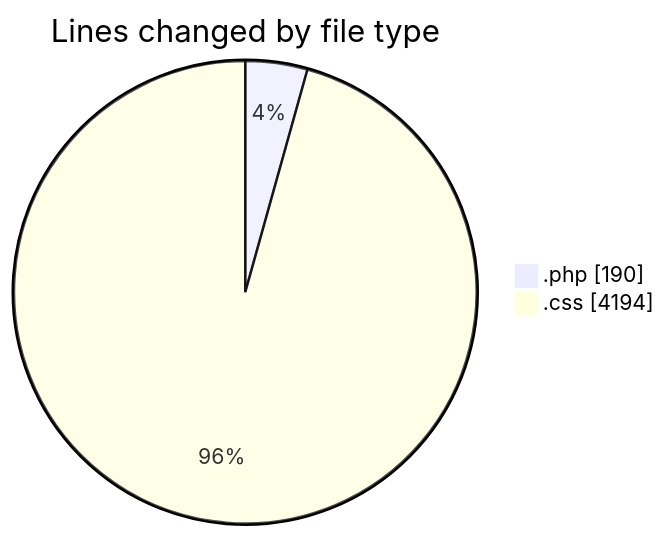
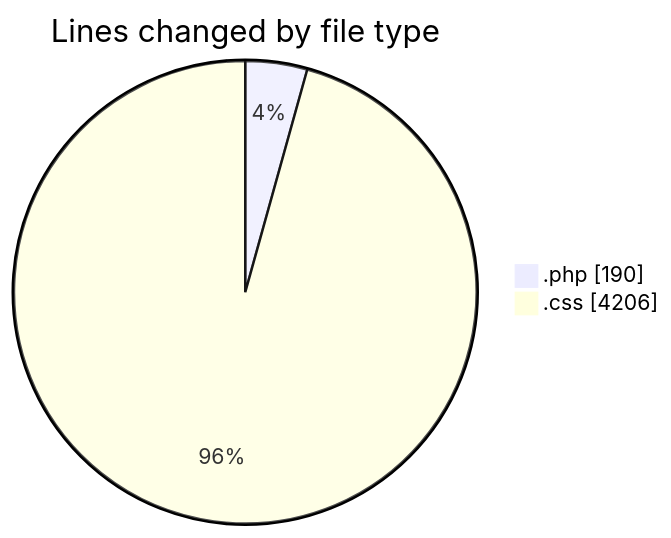
Before and after one commit to debugP/code-tracking: the first of 2 diagrams in 2026-11-04/wp-content/README.md, drawn with Mermaid. The commit also changed other lines of this file and 1 other file, not shown here.

````diff
--- a/2026-11-04/wp-content/README.md
+++ b/2026-11-04/wp-content/README.md
@@ -21,6 +21,6 @@
 ```mermaid
 pie showData
 title Lines changed by file type
 ".php" : 190
-".css" : 4194
+".css" : 4206
 ```
````
